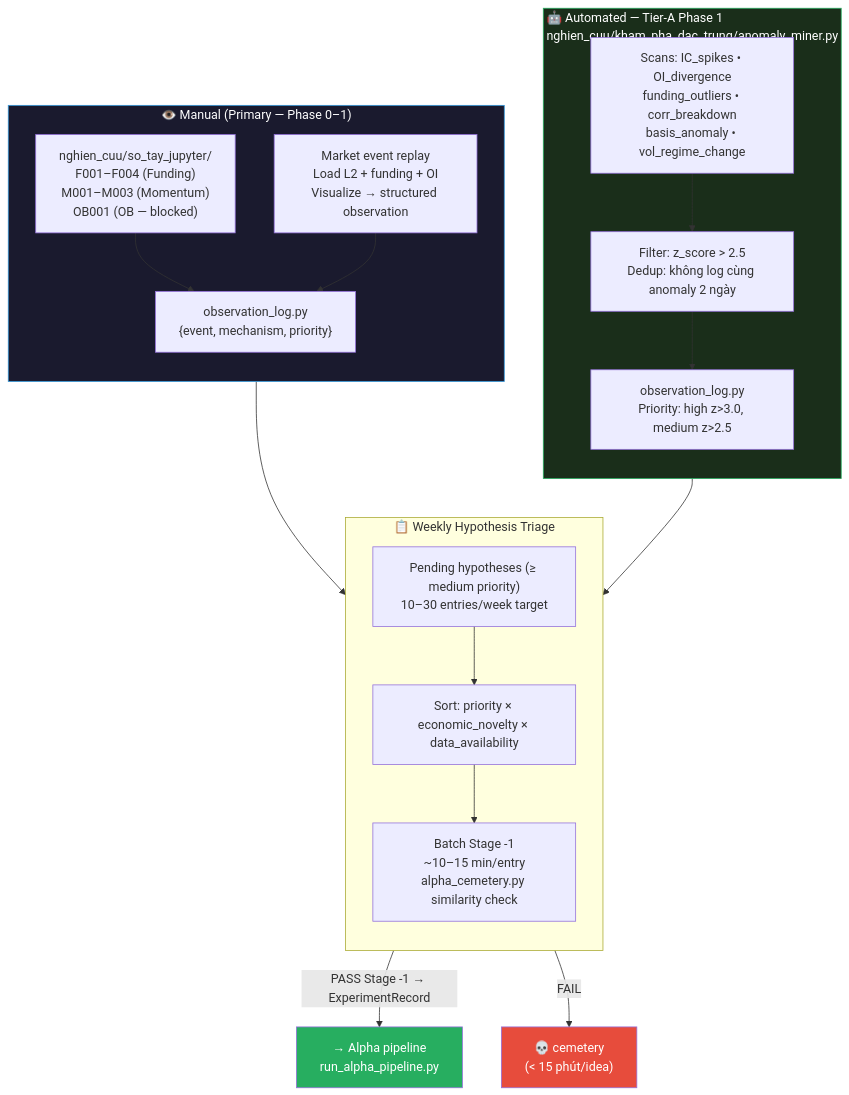
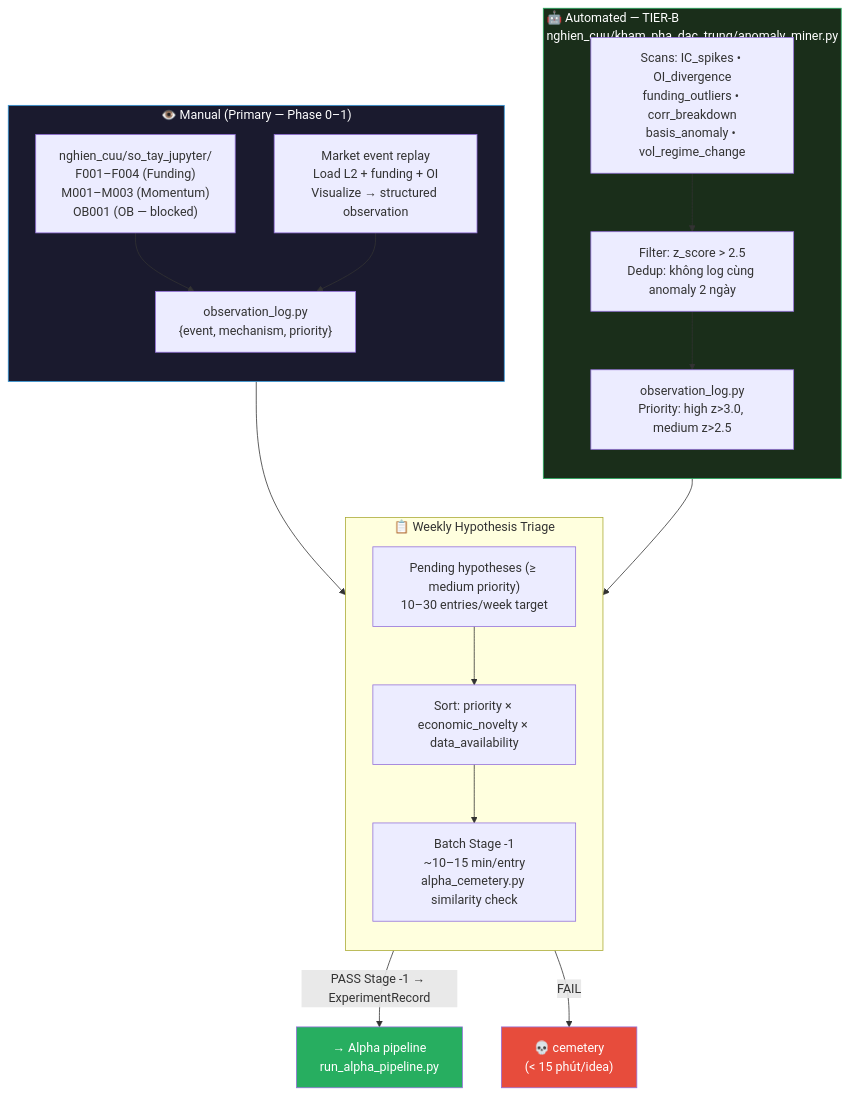
Diagram 12 of 13 in data_flow_diagrams.md (VagabondKingsman/Kairos-v3), drawn with Mermaid before and after one commit. The commit also changed other lines of this file, not shown here.

````diff
--- a/data_flow_diagrams.md
+++ b/data_flow_diagrams.md
@@ -842,37 +866,37 @@
 ```mermaid
 flowchart TB
-    subgraph AUTOMATED["🤖 Automated — Tier-A Phase 1\nnghien_cuu/kham_pha_dac_trung/anomaly_miner.py"]
+    subgraph AUTOMATED["🤖 Automated — TIER-B\nnghien_cuu/kham_pha_dac_trung/anomaly_miner.py"]
         direction TB
         AM["Scans: IC_spikes • OI_divergence\nfunding_outliers • corr_breakdown\nbasis_anomaly • vol_regime_change"]
         FILTER["Filter: z_score > 2.5\nDedup: không log cùng anomaly 2 ngày"]
         LOG_AUTO["observation_log.py\nPriority: high z>3.0, medium z>2.5"]
         AM --> FILTER --> LOG_AUTO
     end
 
     subgraph MANUAL["👁️ Manual (Primary — Phase 0–1)"]
         direction TB
         NB_FAM["nghien_cuu/so_tay_jupyter/\nF001–F004 (Funding)\nM001–M003 (Momentum)\nOB001 (OB — blocked)"]
         REPLAY_R["Market event replay\nLoad L2 + funding + OI\nVisualize → structured observation"]
         LOG_MAN["observation_log.py\n{event, mechanism, priority}"]
         NB_FAM --> LOG_MAN
         REPLAY_R --> LOG_MAN
     end
 
     subgraph TRIAGE["📋 Weekly Hypothesis Triage"]
         direction TB
         PENDING["Pending hypotheses (≥ medium priority)\n10–30 entries/week target"]
         SORT["Sort: priority × economic_novelty × data_availability"]
         BATCH["Batch Stage -1\n~10–15 min/entry\nalpha_cemetery.py similarity check"]
         PENDING --> SORT --> BATCH
     end
 
     LOG_AUTO --> TRIAGE
     LOG_MAN --> TRIAGE
     BATCH -->|"PASS Stage -1 → ExperimentRecord"| QUEUE["→ Alpha pipeline\nrun_alpha_pipeline.py"]
     BATCH -->|"FAIL"| KILLED_FAST["💀 cemetery\n(< 15 phút/idea)"]
 
     style KILLED_FAST fill:#e74c3c,color:#fff
     style QUEUE fill:#27ae60,color:#fff
     style AUTOMATED fill:#1a2e1a,stroke:#27ae60,color:#fff
     style MANUAL fill:#1a1a2e,stroke:#3498db,color:#fff
 ```
````
